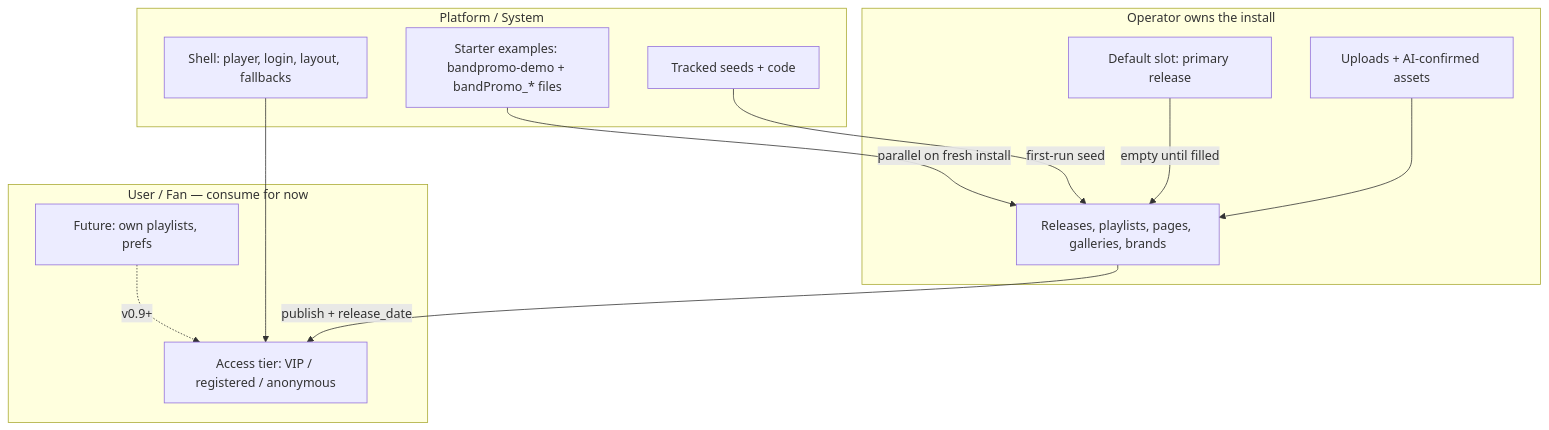
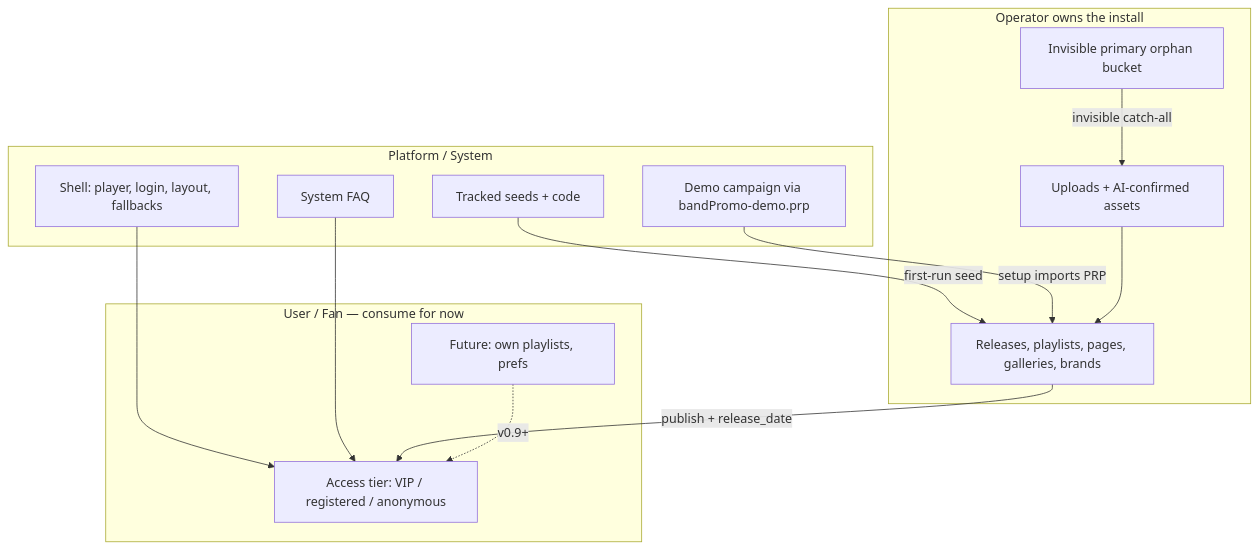
One commit to 7rym/bandPromo changed the diagram in docs/PLATFORM-MODEL.md. Above: the diagram before and after it, drawn with Mermaid. The commit also changed other lines of this file and 6 other files, not shown here.

First line of the commit message:
Docs: lock portable release package (PRP) product contract.

````diff
--- a/docs/PLATFORM-MODEL.md
+++ b/docs/PLATFORM-MODEL.md
@@ -150,27 +156,29 @@
 ```mermaid
 flowchart TB
   subgraph platform [Platform / System]
     shell[Shell: player, login, layout, fallbacks]
-    demo[Starter examples: bandpromo-demo + bandPromo_* files]
+    faq[System FAQ]
+    demo[Demo campaign via bandPromo-demo.prp]
     templates[Tracked seeds + code]
   end
 
   subgraph operator [Operator owns the install]
-    defaultSlot[Default slot: primary release]
+    orphanBucket[Invisible primary orphan bucket]
     catalog[Releases, playlists, pages, galleries, brands]
     uploads[Uploads + AI-confirmed assets]
   end
 
   subgraph user [User / Fan — consume for now]
     access[Access tier: VIP / registered / anonymous]
     future[Future: own playlists, prefs]
   end
 
   templates -->|first-run seed| catalog
-  demo -->|parallel on fresh install| catalog
-  defaultSlot -->|empty until filled| catalog
+  demo -->|setup imports PRP| catalog
+  orphanBucket -->|invisible catch-all| uploads
   uploads --> catalog
   shell --> access
+  faq --> access
   catalog -->|publish + release_date| access
   future -.->|v0.9+| access
 ```
````
